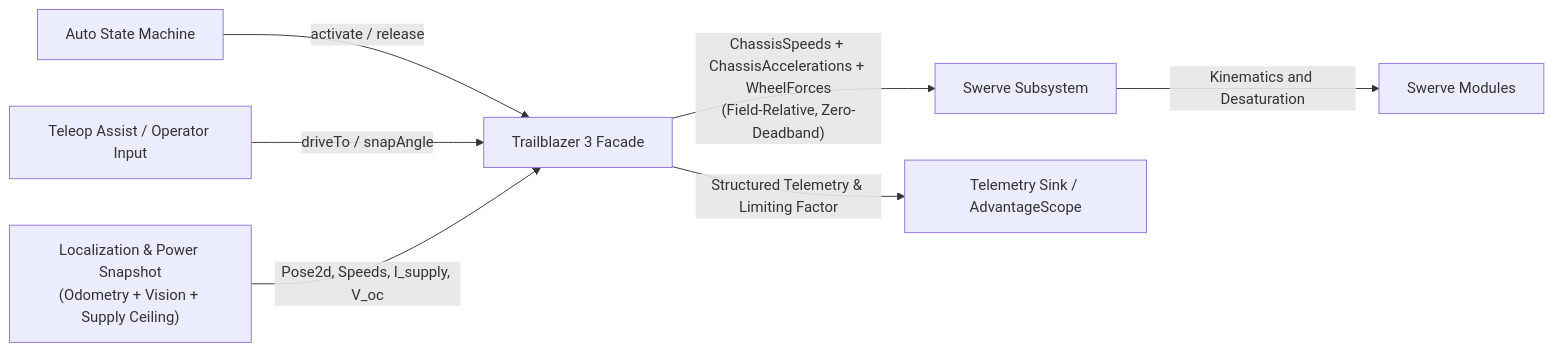
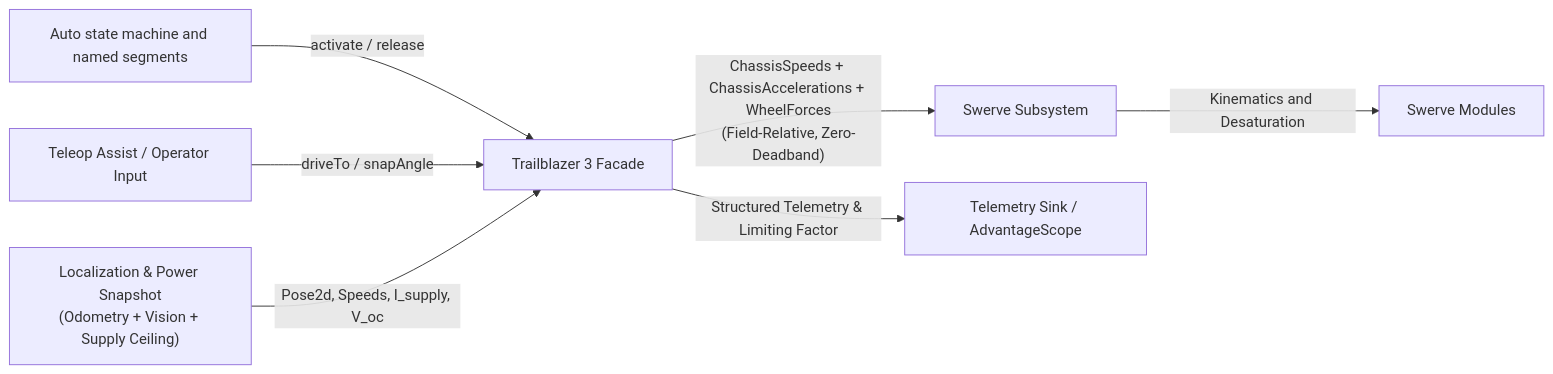
The second of 2 diagrams in shared/src/main/java/com/team581/trailblazer3/planning/README.md (team581/offseason-2026), drawn with Mermaid before and after one commit. The commit also changed other lines of this file and 67 other files, not shown here.

Commit message:
Implement Trailblazer 3 segments and comp trench auto

````diff
--- a/shared/src/main/java/com/team581/trailblazer3/planning/README.md
+++ b/shared/src/main/java/com/team581/trailblazer3/planning/README.md
@@ -83,9 +83,9 @@
 ```mermaid
 flowchart LR
-    AutoSM["Auto State Machine"] -->|"activate / release"| TB3["Trailblazer 3 Facade"]
+    AutoSM["Auto state machine and named segments"] -->|"activate / release"| TB3["Trailblazer 3 Facade"]
     Teleop["Teleop Assist / Operator Input"] -->|"driveTo / snapAngle"| TB3
     Loc["Localization & Power Snapshot<br/>(Odometry + Vision + Supply Ceiling)"] -->|"Pose2d, Speeds, I_supply, V_oc"| TB3
     TB3 -->|"ChassisSpeeds + ChassisAccelerations + WheelForces<br/>(Field-Relative, Zero-Deadband)"| SwerveSub["Swerve Subsystem"]
     SwerveSub -->|"Kinematics and Desaturation"| Modules["Swerve Modules"]
     TB3 -->|"Structured Telemetry & Limiting Factor"| Telemetry["Telemetry Sink / AdvantageScope"]
 ```
````
